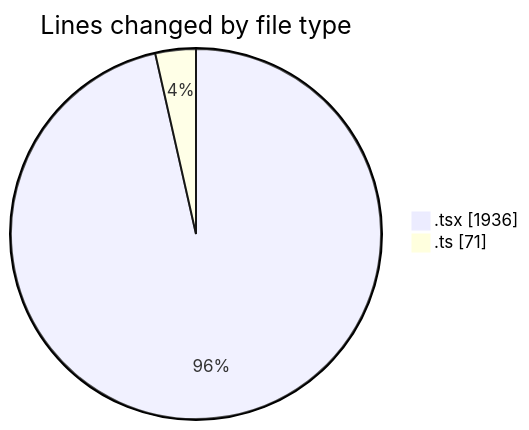
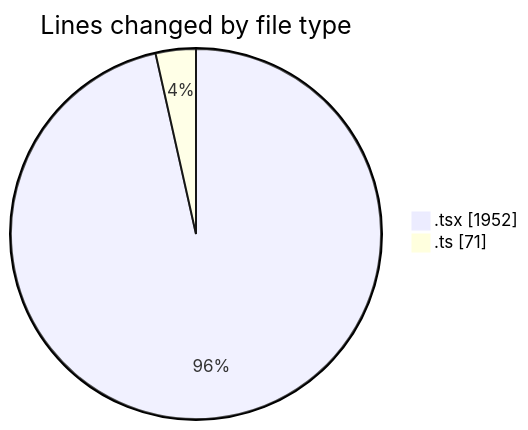
Before and after one commit to momahboobian/code-tracking: the first of 2 diagrams in 2025-02-11/cda/README.md, drawn with Mermaid. The commit also changed other lines of this file and 1 other file, not shown here.

````diff
--- a/2025-02-11/cda/README.md
+++ b/2025-02-11/cda/README.md
@@ -23,6 +23,6 @@
 ```mermaid
 pie showData
 title Lines changed by file type
-".tsx" : 1936
+".tsx" : 1952
 ".ts" : 71
 ```
````
